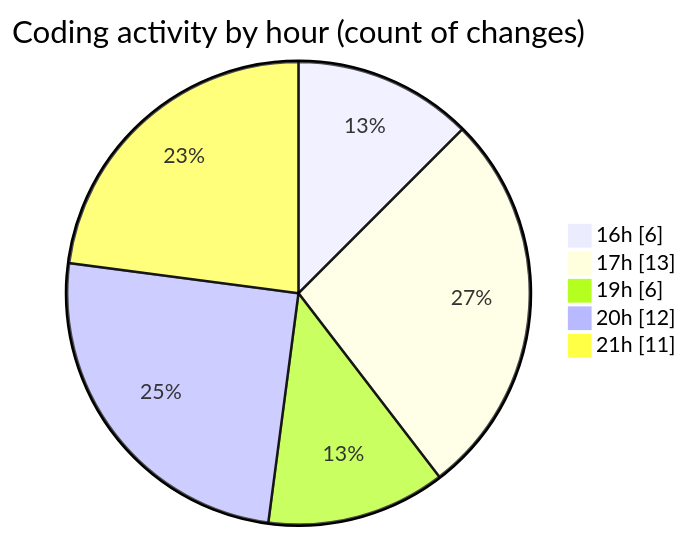
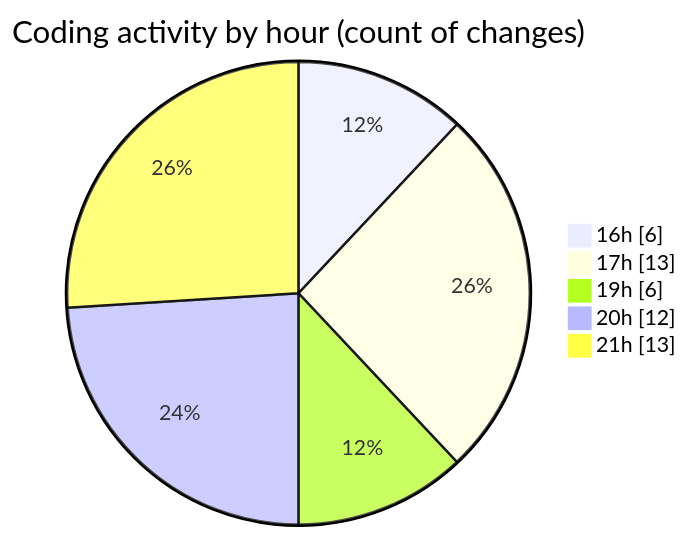
Before and after one commit to idhammustaqopulfikri/code-tracking: the second of 2 diagrams in 2025-06-22/studio-backend/README.md, drawn with Mermaid. The commit also changed other lines of this file and 1 other file, not shown here.

````diff
--- a/2025-06-22/studio-backend/README.md
+++ b/2025-06-22/studio-backend/README.md
@@ -37,9 +37,9 @@
 ```mermaid
 pie showData
 title Coding activity by hour (count of changes)
 "16h" : 6
 "17h" : 13
 "19h" : 6
 "20h" : 12
-"21h" : 11
+"21h" : 13
 ```
````
